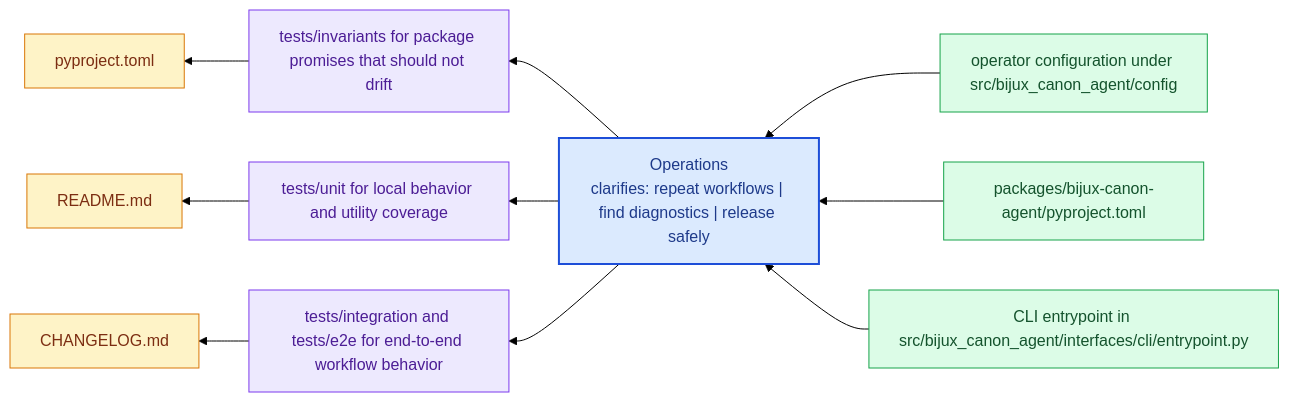
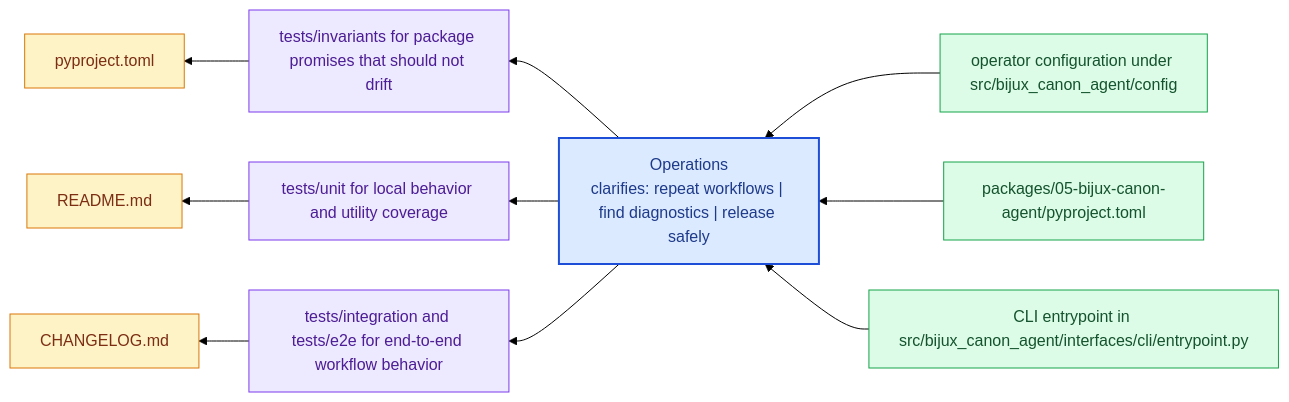
Before and after one commit to bijux/bijux-canon: the diagram in docs/05-bijux-canon-agent/operations/index.md, drawn with Mermaid (forest theme). The commit also changed other lines of this file and 167 other files, not shown here.

````diff
--- a/docs/05-bijux-canon-agent/operations/index.md
+++ b/docs/05-bijux-canon-agent/operations/index.md
@@ -20,31 +20,31 @@
 ```mermaid
 flowchart RL
     page["Operations<br/>clarifies: repeat workflows | find diagnostics | release safely"]
     classDef page fill:#dbeafe,stroke:#1d4ed8,color:#1e3a8a,stroke-width:2px;
     classDef positive fill:#dcfce7,stroke:#16a34a,color:#14532d;
     classDef caution fill:#fee2e2,stroke:#dc2626,color:#7f1d1d;
     classDef anchor fill:#ede9fe,stroke:#7c3aed,color:#4c1d95;
     classDef action fill:#fef3c7,stroke:#d97706,color:#7c2d12;
     step1["operator configuration under src/bijux_canon_agent/config"]
     step1 --> page
-    step2["packages/bijux-canon-agent/pyproject.toml"]
+    step2["packages/05-bijux-canon-agent/pyproject.toml"]
     step2 --> page
     step3["CLI entrypoint in src/bijux_canon_agent/interfaces/cli/entrypoint.py"]
     step3 --> page
     run1["tests/invariants for package promises that should not drift"]
     page --> run1
     run2["tests/unit for local behavior and utility coverage"]
     page --> run2
     run3["tests/integration and tests/e2e for end-to-end workflow behavior"]
     page --> run3
     release1["pyproject.toml"]
     run1 --> release1
     release2["README.md"]
     run2 --> release2
     release3["CHANGELOG.md"]
     run3 --> release3
     class page page;
     class step1,step2,step3 positive;
     class run1,run2,run3 anchor;
     class release1,release2,release3 action;
 ```
````
